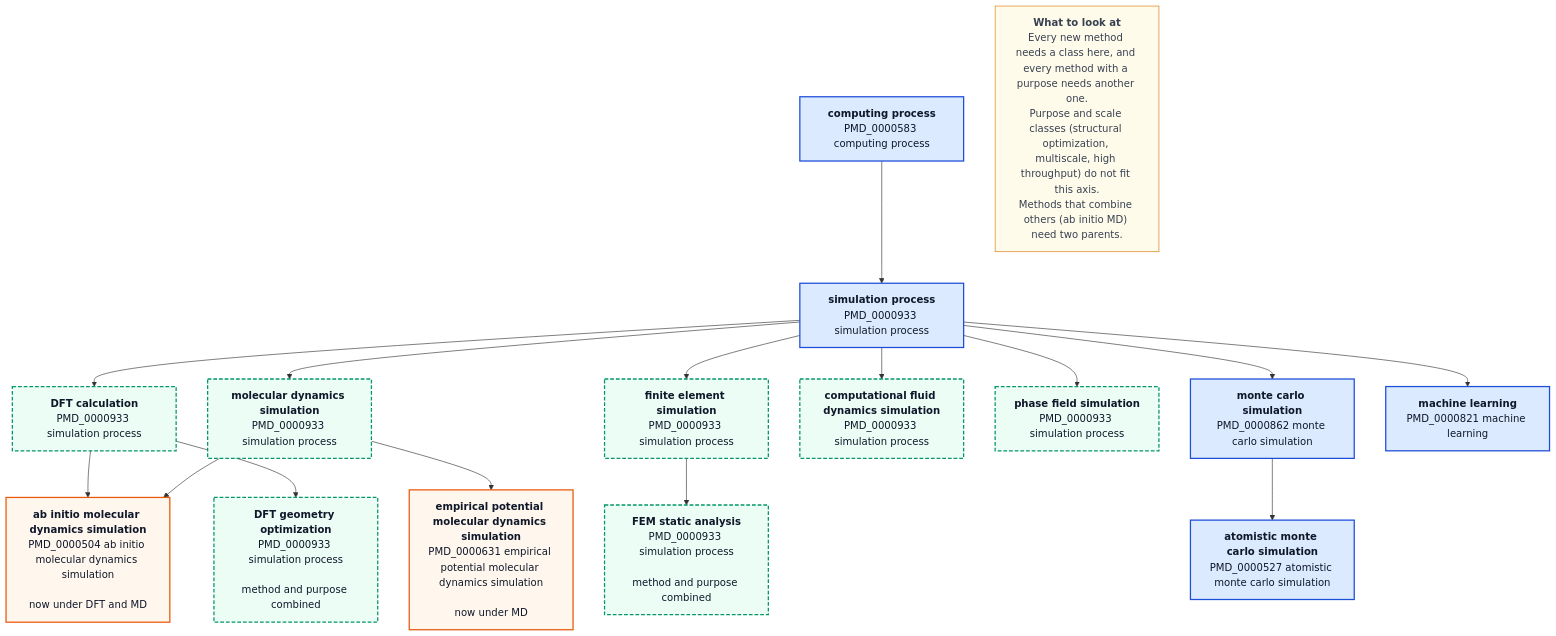
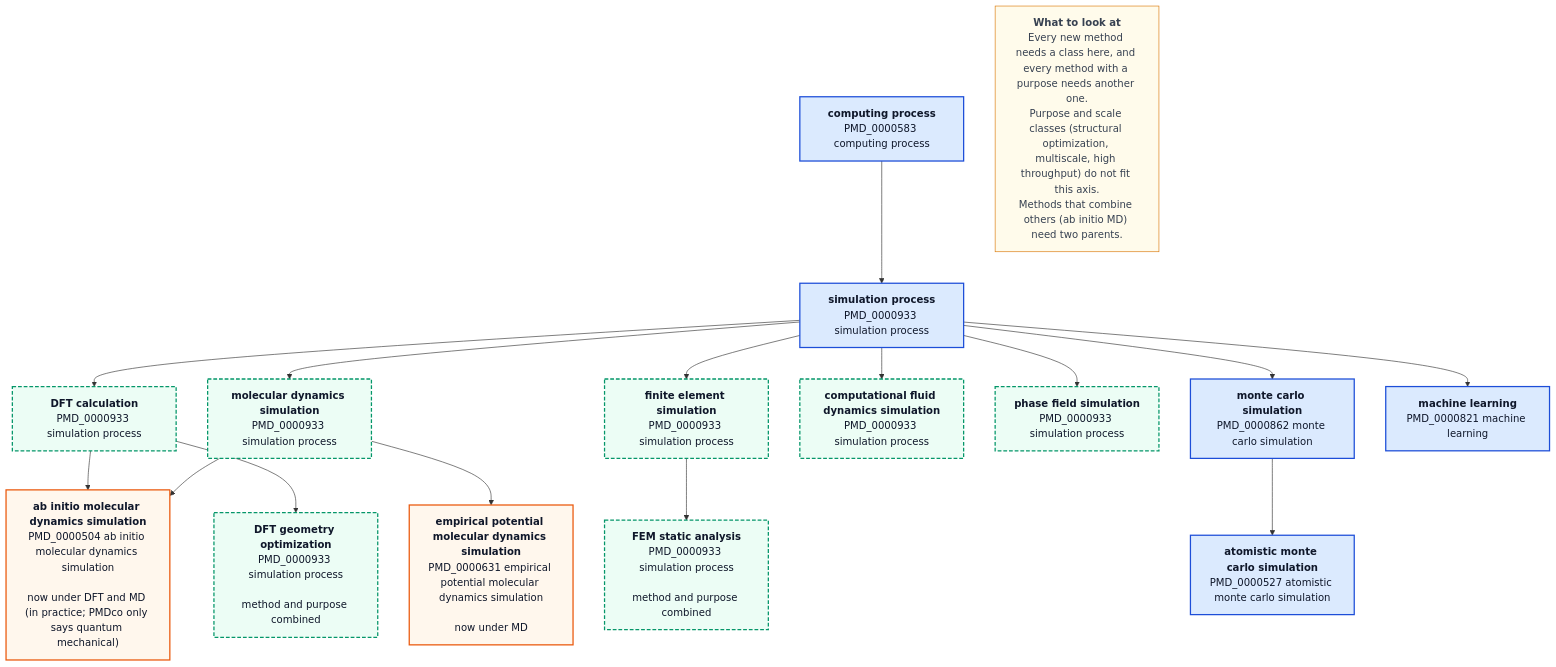
Before and after one commit to BAMresearch/mermantics: the diagram in web/options/b-method-tree/terms.mmd, drawn with Mermaid. The commit also changed 17 other files, not shown here.

```diff
--- a/web/options/b-method-tree/terms.mmd
+++ b/web/options/b-method-tree/terms.mmd
@@ -1,44 +1,44 @@
 flowchart TB
 
 %% Option B. Method tree: terms
-%% simulation process split by method, as ASMO does for atomistic methods. New methods and
+%% simulation process split by method. New methods and
 %% purposes become new classes. Added for comparison.
 
     Computing["<b>computing process</b><br>PMD_0000583 computing process"]:::local
     Simulation["<b>simulation process</b><br>PMD_0000933 simulation process"]:::local
     DFT["<b>DFT calculation</b><br>PMD_0000933 simulation process"]:::proposed
     MD["<b>molecular dynamics simulation</b><br>PMD_0000933 simulation process"]:::proposed
     FEM["<b>finite element simulation</b><br>PMD_0000933 simulation process"]:::proposed
     CFD["<b>computational fluid dynamics simulation</b><br>PMD_0000933 simulation process"]:::proposed
     PhaseField["<b>phase field simulation</b><br>PMD_0000933 simulation process"]:::proposed
     MonteCarlo["<b>monte carlo simulation</b><br>PMD_0000862 monte carlo simulation"]:::local
     AtomisticMC["<b>atomistic monte carlo simulation</b><br>PMD_0000527 atomistic monte carlo simulation"]:::local
     MachineLearning["<b>machine learning</b><br>PMD_0000821 machine learning"]:::local
-    AIMD["<b>ab initio molecular dynamics simulation</b><br>PMD_0000504 ab initio molecular dynamics simulation<br><br>now under DFT and MD"]:::changed
+    AIMD["<b>ab initio molecular dynamics simulation</b><br>PMD_0000504 ab initio molecular dynamics simulation<br><br>now under DFT and MD (in practice; PMDco only says quantum mechanical)"]:::changed
     EmpiricalMD["<b>empirical potential molecular dynamics simulation</b><br>PMD_0000631 empirical potential molecular dynamics simulation<br><br>now under MD"]:::changed
     DFTOpt["<b>DFT geometry optimization</b><br>PMD_0000933 simulation process<br><br>method and purpose combined"]:::proposed
     FEMStatic["<b>FEM static analysis</b><br>PMD_0000933 simulation process<br><br>method and purpose combined"]:::proposed
     Note["<b>What to look at</b><br>Every new method needs a class here, and every method with a purpose needs another one.<br>Purpose and scale classes (structural optimization, multiscale, high throughput) do not fit this axis.<br>Methods that combine others (ab initio MD) need two parents."]:::note
 
     Computing --> Simulation
     Simulation --> DFT
     Simulation --> MD
     Simulation --> FEM
     Simulation --> CFD
     Simulation --> PhaseField
     Simulation --> MonteCarlo
     MonteCarlo --> AtomisticMC
     Simulation --> MachineLearning
     DFT --> AIMD
     MD --> AIMD
     MD --> EmpiricalMD
     DFT --> DFTOpt
     FEM --> FEMStatic
 
     classDef local fill:#dbeafe,stroke:#1d4ed8,stroke-width:2px,color:#0f172a
     classDef note fill:#fffbeb,stroke:#d97706,color:#374151
     classDef proposed fill:#ecfdf5,stroke:#059669,stroke-width:2px,stroke-dasharray:6 3,color:#0f172a
     classDef changed fill:#fff7ed,stroke:#ea580c,stroke-width:2px,color:#0f172a
 
 %% mermantics-layout {"Computing":[0,0],"Simulation":[26,83],"DFT":[52,166],"AIMD":[78,249],"DFTOpt":[78,377],"MD":[52,505],"EmpiricalMD":[78,607],"FEM":[52,754],"FEMStatic":[78,856],"CFD":[52,965],"PhaseField":[52,1067],"MonteCarlo":[52,1150],"AtomisticMC":[78,1233],"MachineLearning":[52,1335],"Note":[408,0]}
 %% mermantics-kinds {"Computing":"process","Simulation":"process","DFT":"process","MD":"process","FEM":"process","CFD":"process","PhaseField":"process","MonteCarlo":"process","AtomisticMC":"process","MachineLearning":"process","AIMD":"process","EmpiricalMD":"process","DFTOpt":"process","FEMStatic":"process"}
```
